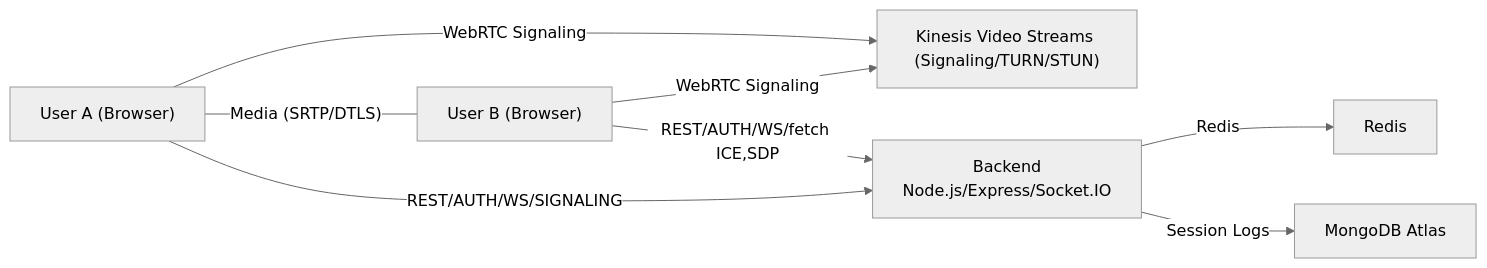
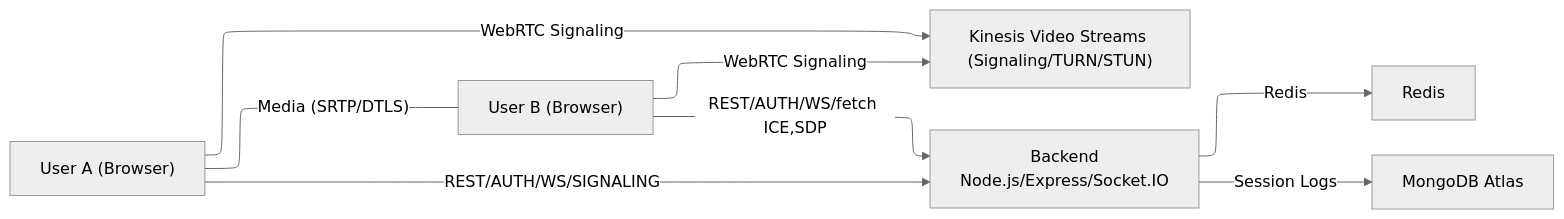
Before and after one commit to hamza-mostafa/Kinesis_webRTC_socketIO: the first of 2 diagrams in README.md, drawn with Mermaid (neutral theme). The commit also changed other lines of this file, not shown here.

Commit message:
arranging charts

````diff
--- a/README.md
+++ b/README.md
@@ -21,10 +21,15 @@
 ```mermaid
+---
+config:
+  layout: elk
+---
 flowchart LR
     UA["User A (Browser)"] -- WebRTC Signaling --> KVS["Kinesis Video Streams (Signaling/TURN/STUN)"]
     UB["User B (Browser)"] -- WebRTC Signaling --> KVS
     UA -- Media (SRTP/DTLS) --- UB
-    UA -- REST/AUTH/WS/SIGNALING --> BE[Backend<br>Node.js/Express/Socket.IO]
+    UA -- REST/AUTH/WS/SIGNALING --> BE["Backend<br>Node.js/Express/Socket.IO"]
     UB -- REST/AUTH/WS/fetch ICE,SDP --> BE
-    BE -- Redis --> R[Redis]
-    BE -- Session Logs --> M[MongoDB Atlas]
+    BE -- Redis --> R["Redis"]
+    BE -- Session Logs --> M["MongoDB Atlas"]
+
 ```
````
